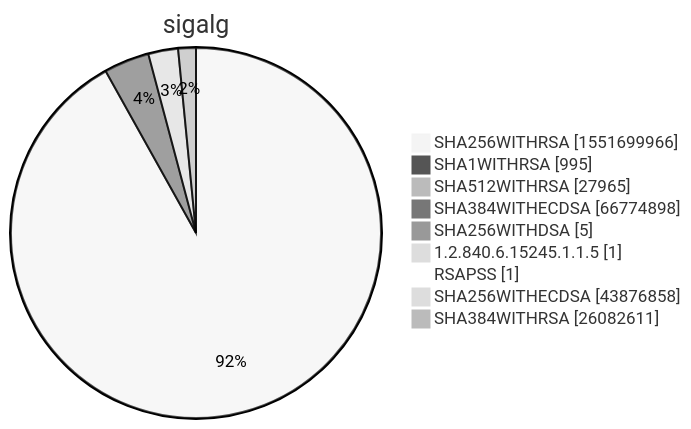
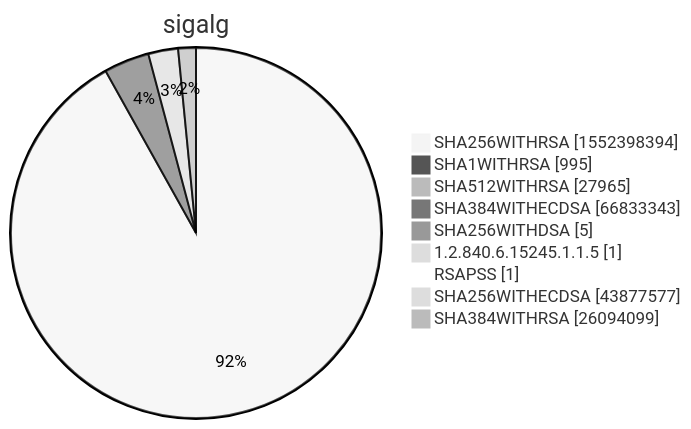
Diagram 15 of 15 in xenon2022/README.md (christiankrug/ctmonitor_visualization), drawn with Mermaid (neutral theme) before and after one commit. The commit also changed other lines of this file, not shown here.

````diff
--- a/xenon2022/README.md
+++ b/xenon2022/README.md
@@ -5867,13 +5867,13 @@
 ```mermaid
 pie showData
 title sigalg
-"SHA256WITHRSA" :1551699966
+"SHA256WITHRSA" :1552398394
 "SHA1WITHRSA" :995
 "SHA512WITHRSA" :27965
-"SHA384WITHECDSA" :66774898
+"SHA384WITHECDSA" :66833343
 "SHA256WITHDSA" :5
 "1.2.840.6.15245.1.1.5" :1
 "RSAPSS" :1
-"SHA256WITHECDSA" :43876858
-"SHA384WITHRSA" :26082611
+"SHA256WITHECDSA" :43877577
+"SHA384WITHRSA" :26094099
 ```
````
